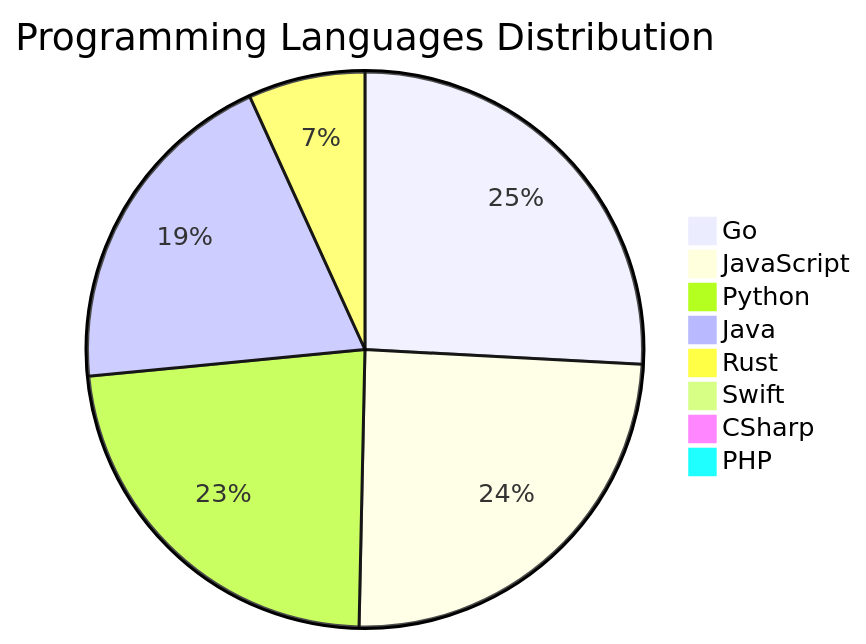
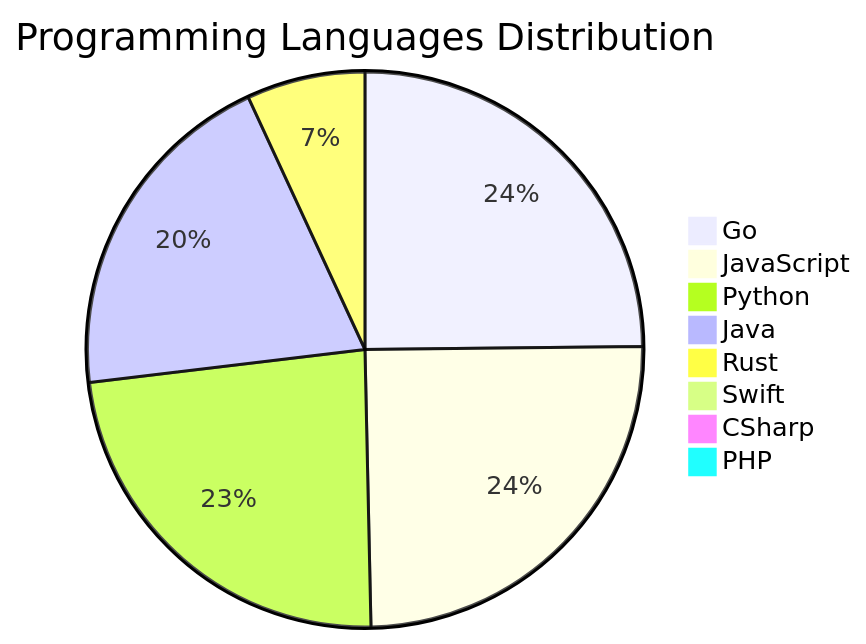
The diagram in README.md (Derrick-MUGISHA/github-activity-bot), drawn with Mermaid before and after one commit. The commit also changed other lines of this file and 4 other files, not shown here.

````diff
--- a/README.md
+++ b/README.md
@@ -208,11 +208,11 @@
 ```mermaid
 pie title Programming Languages Distribution
-    "Go" : 38
+    "Go" : 36
     "JavaScript" : 36
     "Python" : 34
     "Java" : 29
     "Rust" : 10
     "Swift" : 1
     "CSharp" : 1
     "PHP" : 1
 ```
````
